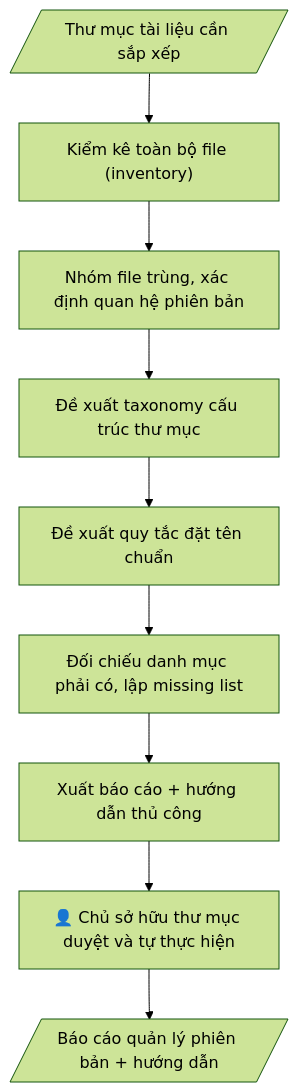
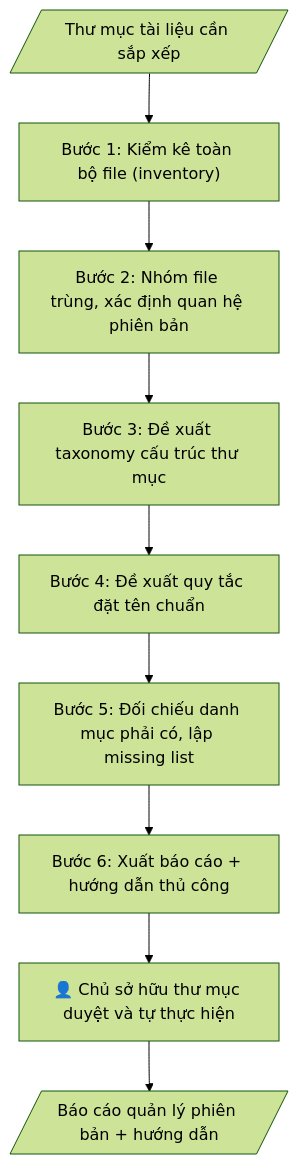
The diagram in skills/quan-ly-phien-ban-tai-lieu/SKILL.md (phamtruong91/dh-skills), drawn with Mermaid (forest theme) before and after one commit. The commit also changed other lines of this file and 30 other files, not shown here.

First line of the commit message:
Rà soát cấu trúc nhóm 1 (20 skill): sửa thể thức, sơ đồ, vai trò ký, thứ tự bước; thêm audit_structure và khóa lỗi mẫu

````diff
--- a/skills/quan-ly-phien-ban-tai-lieu/SKILL.md
+++ b/skills/quan-ly-phien-ban-tai-lieu/SKILL.md
@@ -81,13 +81,13 @@
 ```mermaid
 flowchart TD
     A[/"Thư mục tài liệu cần sắp xếp"/]
-    B["Kiểm kê toàn bộ file (inventory)"]
-    C["Nhóm file trùng, xác định quan hệ phiên bản"]
-    D["Đề xuất taxonomy cấu trúc thư mục"]
-    E["Đề xuất quy tắc đặt tên chuẩn"]
-    F["Đối chiếu danh mục phải có, lập missing list"]
-    G["Xuất báo cáo + hướng dẫn thủ công"]
+    B["Bước 1: Kiểm kê toàn bộ file (inventory)"]
+    C["Bước 2: Nhóm file trùng, xác định quan hệ phiên bản"]
+    D["Bước 3: Đề xuất taxonomy cấu trúc thư mục"]
+    E["Bước 4: Đề xuất quy tắc đặt tên chuẩn"]
+    F["Bước 5: Đối chiếu danh mục phải có, lập missing list"]
+    G["Bước 6: Xuất báo cáo + hướng dẫn thủ công"]
     HG["👤 Chủ sở hữu thư mục duyệt và tự thực hiện"]
     H[/"Báo cáo quản lý phiên bản + hướng dẫn"/]
     A --> B --> C --> D --> E --> F --> G --> HG --> H
 ```
````
